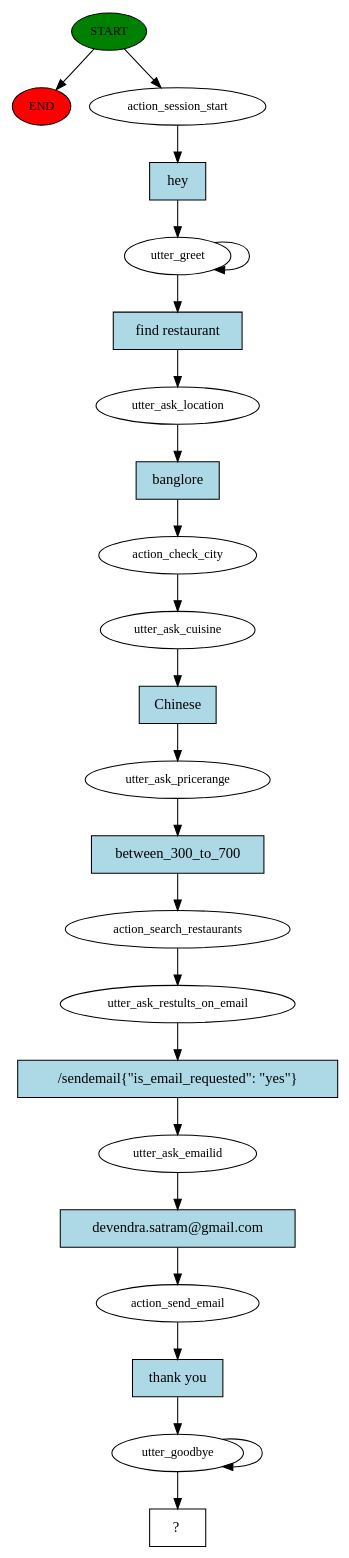
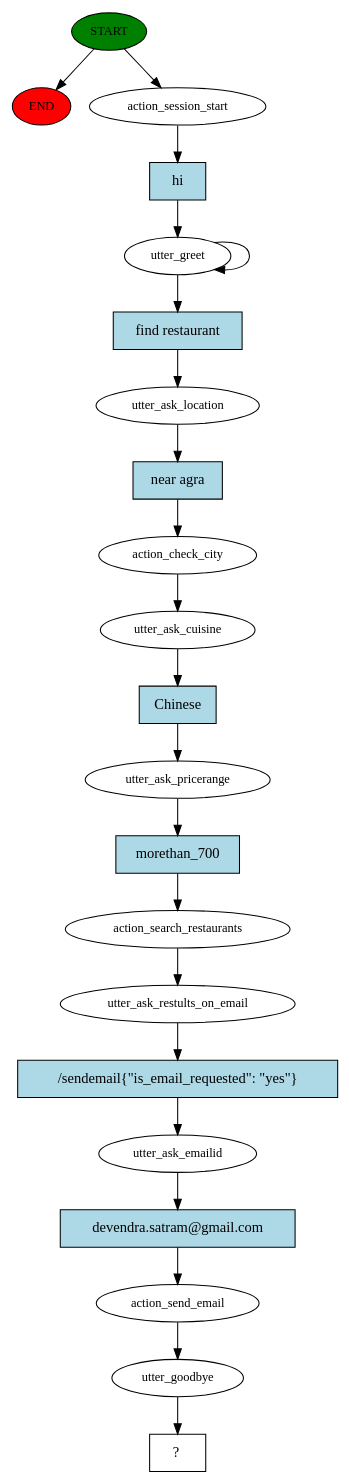
The diagram in story_graph.dot (devasci/rasa_casestudy), drawn with Graphviz before and after one commit. The commit also changed 4 other files, not shown here.

```diff
--- a/story_graph.dot
+++ b/story_graph.dot
@@ -1,47 +1,44 @@
 digraph  {
 0 [class="start active", fillcolor=green, fontsize=12, label=START, style=filled];
 "-1" [class=end, fillcolor=red, fontsize=12, label=END, style=filled];
 1 [class=active, fontsize=12, label=action_session_start];
 2 [class=active, fontsize=12, label=utter_greet];
 4 [class=active, fontsize=12, label=utter_ask_location];
 5 [class=active, fontsize=12, label=action_check_city];
 6 [class=active, fontsize=12, label=utter_ask_cuisine];
 7 [class=active, fontsize=12, label=utter_ask_pricerange];
 8 [class=active, fontsize=12, label=action_search_restaurants];
 9 [class=active, fontsize=12, label=utter_ask_restults_on_email];
 10 [class=active, fontsize=12, label=utter_ask_emailid];
 11 [class=active, fontsize=12, label=action_send_email];
 12 [class=active, fontsize=12, label=utter_goodbye];
-14 [class="intent dashed active", label="  ?  ", shape=rect];
-15 [class="intent active", fillcolor=lightblue, label=hey, shape=rect, style=filled];
-16 [class="intent active", fillcolor=lightblue, label="find restaurant", shape=rect, style=filled];
-17 [class="intent active", fillcolor=lightblue, label=banglore, shape=rect, style=filled];
-18 [class="intent active", fillcolor=lightblue, label=Chinese, shape=rect, style=filled];
-19 [class="intent active", fillcolor=lightblue, label=between_300_to_700, shape=rect, style=filled];
-20 [class="intent active", fillcolor=lightblue, label="/sendemail{\"is_email_requested\": \"yes\"}", shape=rect, style=filled];
-21 [class="intent active", fillcolor=lightblue, label="devendra.satram@gmail.com", shape=rect, style=filled];
-22 [class="intent active", fillcolor=lightblue, label="thank you", shape=rect, style=filled];
+13 [class="intent dashed active", label="  ?  ", shape=rect];
+14 [class="intent active", fillcolor=lightblue, label=hi, shape=rect, style=filled];
+15 [class="intent active", fillcolor=lightblue, label="find restaurant", shape=rect, style=filled];
+16 [class="intent active", fillcolor=lightblue, label="near agra", shape=rect, style=filled];
+17 [class="intent active", fillcolor=lightblue, label=Chinese, shape=rect, style=filled];
+18 [class="intent active", fillcolor=lightblue, label=morethan_700, shape=rect, style=filled];
+19 [class="intent active", fillcolor=lightblue, label="/sendemail{\"is_email_requested\": \"yes\"}", shape=rect, style=filled];
+20 [class="intent active", fillcolor=lightblue, label="devendra.satram@gmail.com", shape=rect, style=filled];
 0 -> "-1"  [class="", key=NONE, label=""];
 0 -> 1  [class=active, key=NONE, label=""];
-1 -> 15  [class=active, key=0];
+1 -> 14  [class=active, key=0];
 2 -> 2  [class=active, key=NONE, label=""];
-2 -> 16  [class=active, key=0];
-4 -> 17  [class=active, key=0];
+2 -> 15  [class=active, key=0];
+4 -> 16  [class=active, key=0];
 5 -> 6  [class=active, key=NONE, label=""];
-6 -> 18  [class=active, key=0];
-7 -> 19  [class=active, key=0];
+6 -> 17  [class=active, key=0];
+7 -> 18  [class=active, key=0];
 8 -> 9  [class=active, key=NONE, label=""];
-9 -> 20  [class=active, key=0];
-10 -> 21  [class=active, key=0];
-11 -> 22  [class=active, key=0];
-12 -> 14  [class=active, key=NONE, label=""];
-12 -> 12  [class=active, key=NONE, label=""];
-15 -> 2  [class=active, key=0];
-16 -> 4  [class=active, key=0];
-17 -> 5  [class=active, key=0];
-18 -> 7  [class=active, key=0];
-19 -> 8  [class=active, key=0];
-20 -> 10  [class=active, key=0];
-21 -> 11  [class=active, key=0];
-22 -> 12  [class=active, key=0];
+9 -> 19  [class=active, key=0];
+10 -> 20  [class=active, key=0];
+11 -> 12  [class=active, key=NONE, label=""];
+12 -> 13  [class=active, key=NONE, label=""];
+14 -> 2  [class=active, key=0];
+15 -> 4  [class=active, key=0];
+16 -> 5  [class=active, key=0];
+17 -> 7  [class=active, key=0];
+18 -> 8  [class=active, key=0];
+19 -> 10  [class=active, key=0];
+20 -> 11  [class=active, key=0];
 }
```
